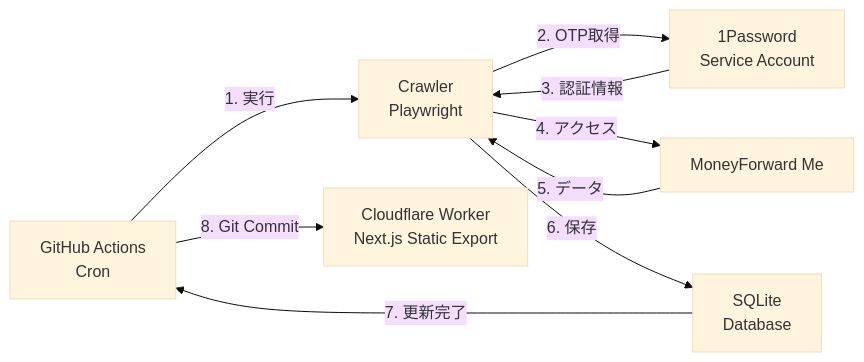
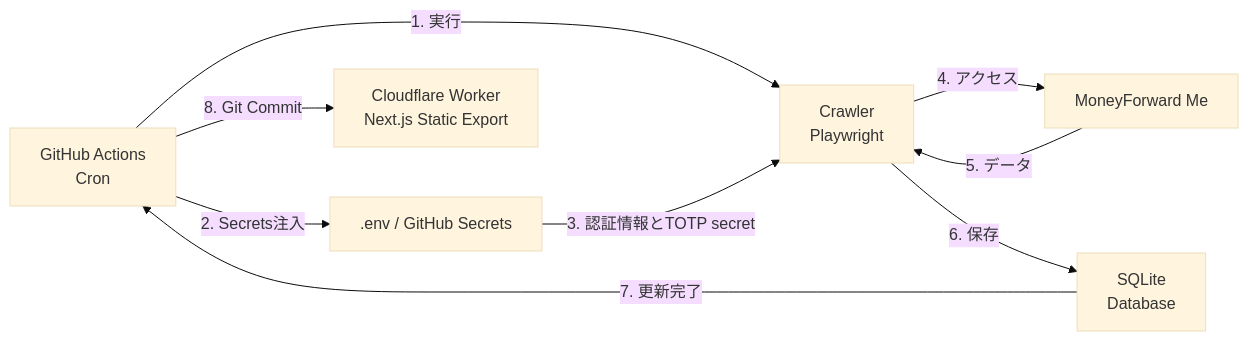
The diagram in README.md (hiroppy/mf-dashboard), drawn with Mermaid (base theme) before and after one commit. The commit also changed other lines of this file and 10 other files, not shown here.

````diff
--- a/README.md
+++ b/README.md
@@ -47,11 +47,11 @@
 ```mermaid
 graph LR
     A[GitHub Actions<br/>Cron] -->|1. 実行| B[Crawler<br/>Playwright]
-    B -->|2. OTP取得| E[1Password<br/>Service Account]
-    E -->|3. 認証情報| B
+    A -->|2. Secrets注入| E[.env / GitHub Secrets]
+    E -->|3. 認証情報とTOTP secret| B
     B -->|4. アクセス| F[MoneyForward Me]
     F -->|5. データ| B
     B -->|6. 保存| C[SQLite<br/>Database]
     C -->|7. 更新完了| A
     A -->|8. Git Commit| D[Cloudflare Worker<br/>Next.js Static Export]
 ```
````
